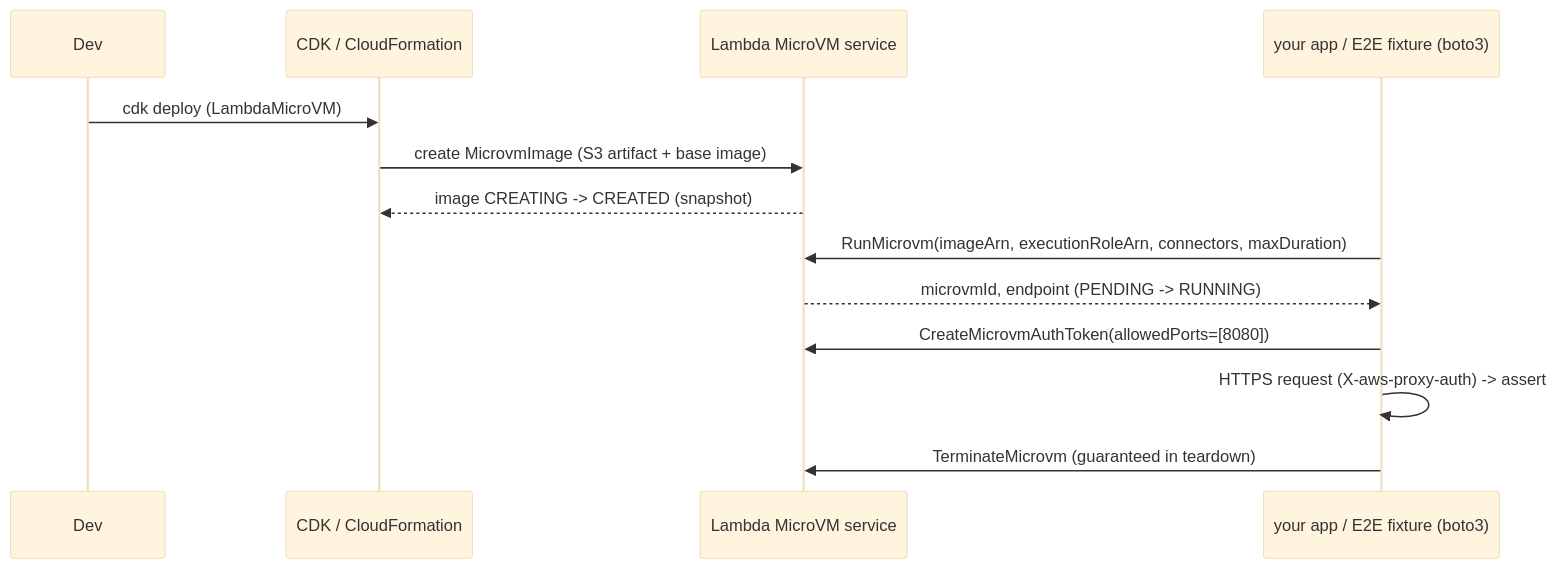
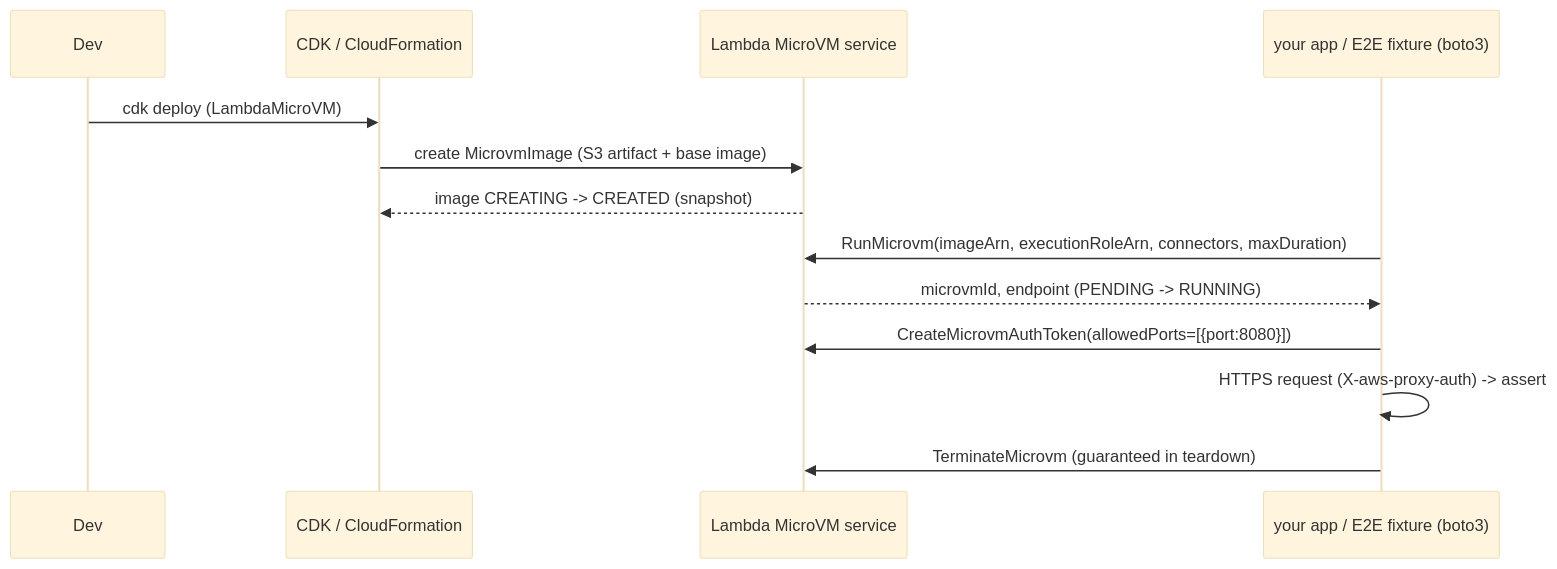
The third of 3 diagrams in README.md (ran-isenberg/lambda-microvm-cdk-python), drawn with Mermaid (base theme) before and after one commit. The commit also changed other lines of this file and 27 other files, not shown here.

````diff
--- a/README.md
+++ b/README.md
@@ -80,15 +160,15 @@
 ```mermaid
 sequenceDiagram
     participant Dev
     participant CDK as CDK / CloudFormation
     participant Svc as Lambda MicroVM service
     participant App as your app / E2E fixture (boto3)
     Dev->>CDK: cdk deploy (LambdaMicroVM)
     CDK->>Svc: create MicrovmImage (S3 artifact + base image)
     Svc-->>CDK: image CREATING -> CREATED (snapshot)
     App->>Svc: RunMicrovm(imageArn, executionRoleArn, connectors, maxDuration)
     Svc-->>App: microvmId, endpoint (PENDING -> RUNNING)
-    App->>Svc: CreateMicrovmAuthToken(allowedPorts=[8080])
+    App->>Svc: CreateMicrovmAuthToken(allowedPorts=[{port:8080}])
     App->>App: HTTPS request (X-aws-proxy-auth) -> assert
     App->>Svc: TerminateMicrovm (guaranteed in teardown)
 ```
````
